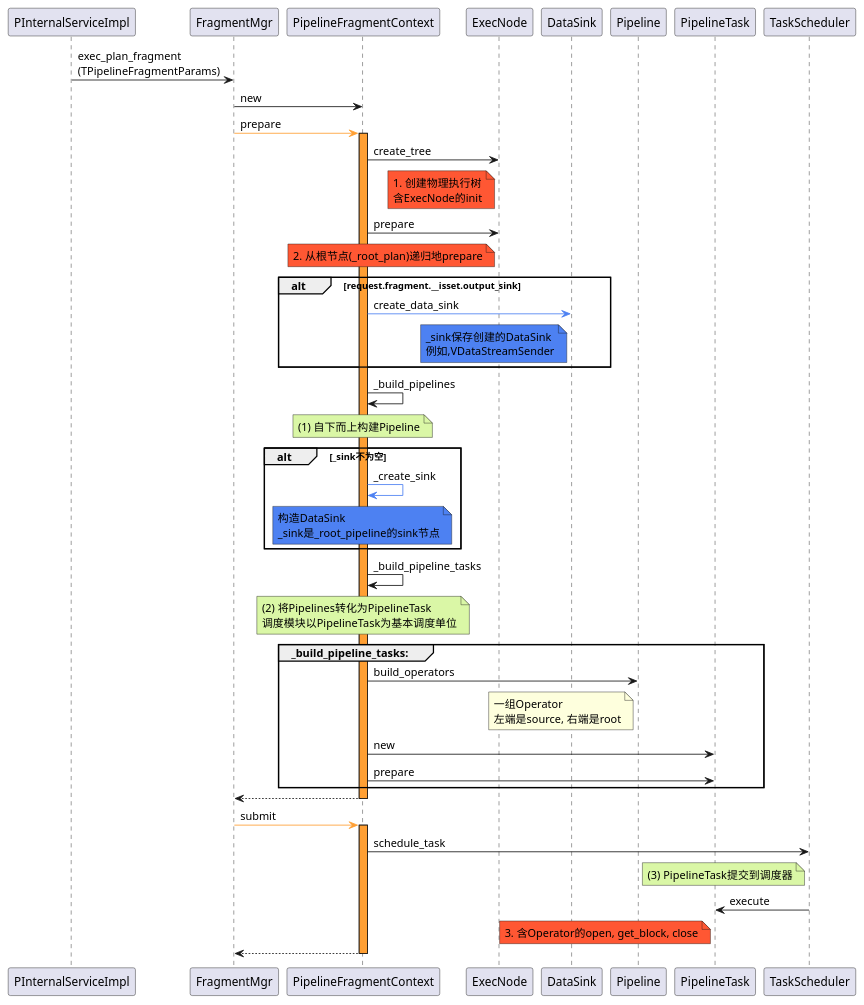
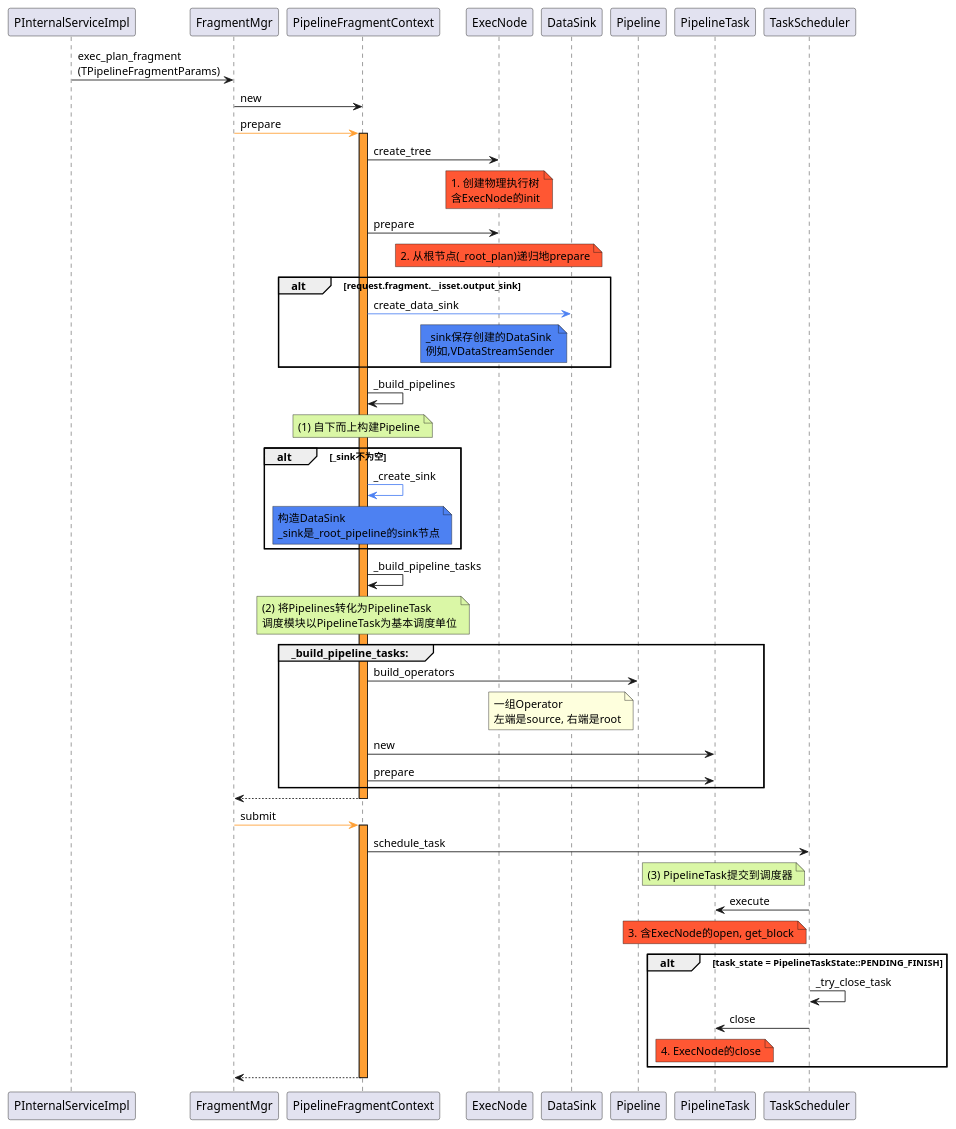
The first of 8 diagrams in doc/DB/Doris/SourceRead/11_01_Exec_Pipeline_Execution.md (DepInjoy/geektime), drawn with PlantUML before and after one commit. The commit also changed other lines of this file and 1 other file, not shown here.

Commit message:
Doris Pipeline Execution Model

````diff
--- a/doc/DB/Doris/SourceRead/11_01_Exec_Pipeline_Execution.md
+++ b/doc/DB/Doris/SourceRead/11_01_Exec_Pipeline_Execution.md
@@ -8,44 +8,51 @@
 ```plantuml
 @startuml
 PInternalServiceImpl -> FragmentMgr:exec_plan_fragment\n(TPipelineFragmentParams)
 FragmentMgr -> PipelineFragmentContext:new
 FragmentMgr -[#FF9F33]> PipelineFragmentContext:prepare
 activate PipelineFragmentContext #FF9F33
 PipelineFragmentContext -> ExecNode:create_tree
-note left of ExecNode #FF5733 : 1. 创建物理执行树\n含ExecNode的init
+note over of ExecNode #FF5733 : 1. 创建物理执行树\n含ExecNode的init
 PipelineFragmentContext -> ExecNode:prepare
-note left of ExecNode #FF5733 : 2. 从根节点(_root_plan)递归地prepare
+note over of ExecNode #FF5733 : 2. 从根节点(_root_plan)递归地prepare
 
 alt request.fragment.__isset.output_sink
     PipelineFragmentContext -[#4D81F2]> DataSink :create_data_sink
     note left of DataSink #4D81F2 : _sink保存创建的DataSink\n例如,VDataStreamSender
 end
 PipelineFragmentContext -> PipelineFragmentContext :_build_pipelines
 note over of PipelineFragmentContext #DAF7A6 : (1) 自下而上构建Pipeline
 alt _sink不为空
     PipelineFragmentContext -[#4D81F2]> PipelineFragmentContext:_create_sink
     note over of PipelineFragmentContext #4D81F2 : 构造DataSink\n_sink是_root_pipeline的sink节点
 end
 PipelineFragmentContext -> PipelineFragmentContext:_build_pipeline_tasks
 note over of PipelineFragmentContext #DAF7A6 : (2) 将Pipelines转化为PipelineTask\n调度模块以PipelineTask为基本调度单位
 
 group _build_pipeline_tasks:
     PipelineFragmentContext -> Pipeline:build_operators
     note left of Pipeline : 一组Operator\n左端是source, 右端是root
     PipelineFragmentContext -> PipelineTask:new
     PipelineFragmentContext -> PipelineTask:prepare
 end group
 
 PipelineFragmentContext --> FragmentMgr
 deactivate PipelineFragmentContext
 
 FragmentMgr -[#FF9F33]> PipelineFragmentContext:submit
 activate PipelineFragmentContext #FF9F33
 PipelineFragmentContext -> TaskScheduler:schedule_task
 note left of TaskScheduler #DAF7A6 : (3) PipelineTask提交到调度器
 TaskScheduler -> PipelineTask:execute
-note left of PipelineTask #FF5733 : 3. 含Operator的open, get_block, close
+note over of PipelineTask #FF5733 : 3. 含ExecNode的open, get_block
+
+alt task_state = PipelineTaskState::PENDING_FINISH
+TaskScheduler -> TaskScheduler:_try_close_task
+
+TaskScheduler -> PipelineTask : close
+note over of PipelineTask #FF5733 : 4. ExecNode的close
+end
 PipelineFragmentContext --> FragmentMgr
 deactivate PipelineFragmentContext
 @enduml
 ```
````
